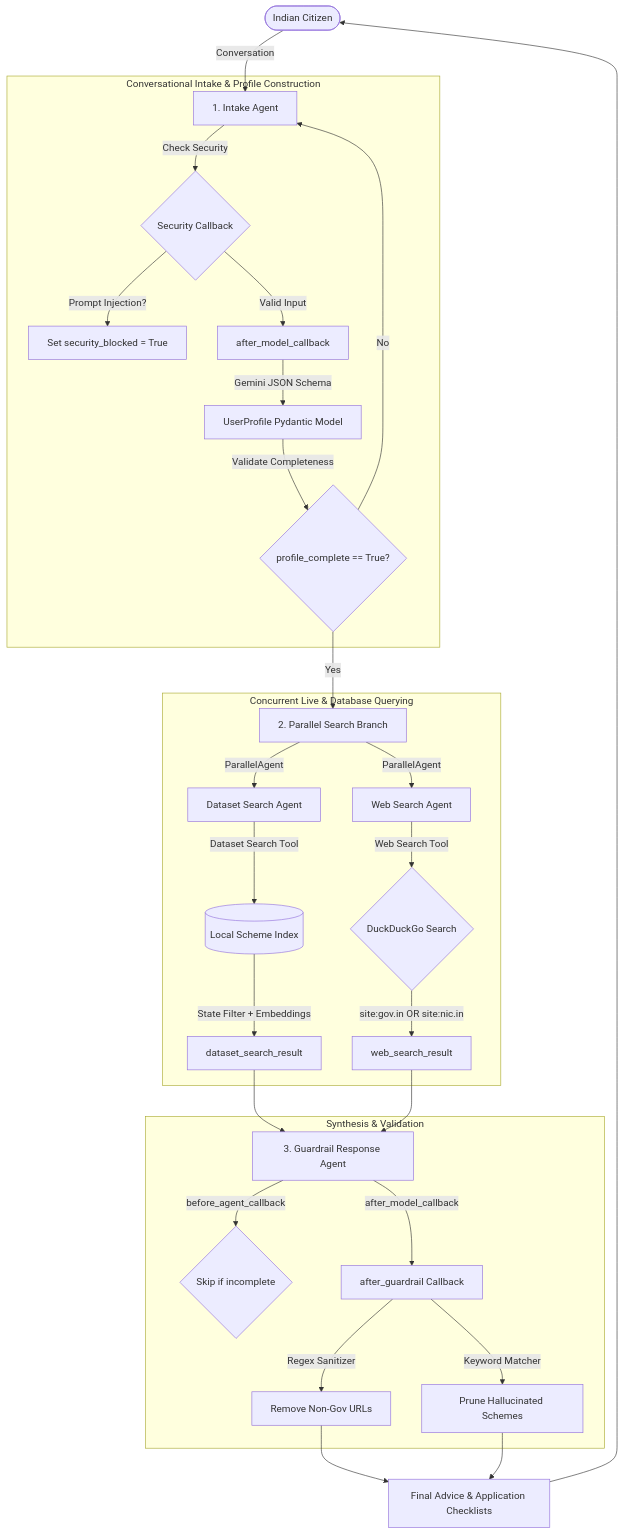
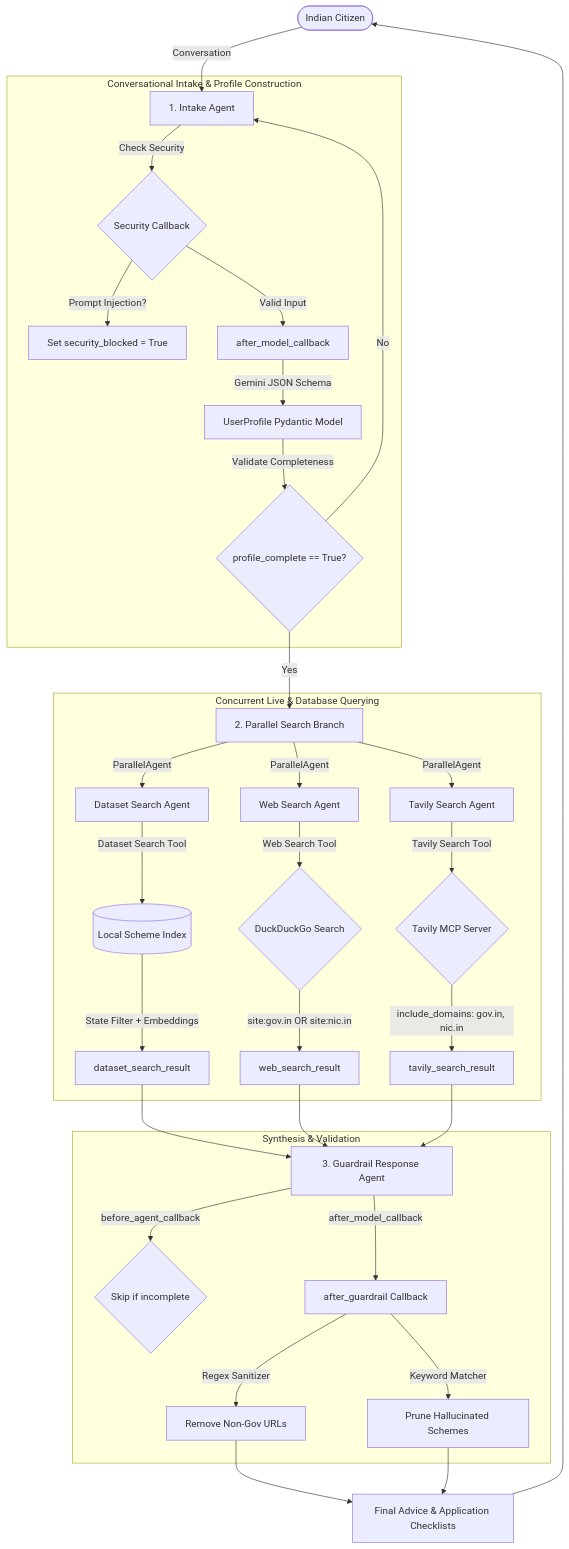
One commit to hargurjeet/benefit_buddy changed the diagram in README.md. Above: the diagram before and after it, drawn with Mermaid. The commit also changed other lines of this file and 11 other files, not shown here.

Commit message:
feat: integrate Tavily MCP Search, terminal chatbot, and resolve warnings

````diff
--- a/README.md
+++ b/README.md
@@ -30,40 +31,44 @@
 ```mermaid
 graph TD
     User([Indian Citizen]) -->|Conversation| Intake[1. Intake Agent]
     
     subgraph Intake Phase [Conversational Intake & Profile Construction]
         Intake -->|Check Security| SecTool{Security Callback}
         SecTool -->|Prompt Injection?| Block[Set security_blocked = True]
         SecTool -->|Valid Input| Extract[after_model_callback]
         Extract -->|Gemini JSON Schema| Profile[UserProfile Pydantic Model]
         Profile -->|Validate Completeness| Complete{profile_complete == True?}
     end
 
     Complete -->|No| Intake
     Complete -->|Yes| ParallelSearch[2. Parallel Search Branch]
 
     subgraph Search Phase [Concurrent Live & Database Querying]
         ParallelSearch -->|ParallelAgent| DB[Dataset Search Agent]
         ParallelSearch -->|ParallelAgent| Web[Web Search Agent]
+        ParallelSearch -->|ParallelAgent| Tavily[Tavily Search Agent]
         
         DB -->|Dataset Search Tool| LocalIndex[(Local Scheme Index)]
         Web -->|Web Search Tool| LiveWeb{DuckDuckGo Search}
+        Tavily -->|Tavily Search Tool| RemoteTavily{Tavily MCP Server}
         
         LocalIndex -->|State Filter + Embeddings| DB_Res[dataset_search_result]
         LiveWeb -->|site:gov.in OR site:nic.in| Web_Res[web_search_result]
+        RemoteTavily -->|include_domains: gov.in, nic.in| Tavily_Res[tavily_search_result]
     end
 
     DB_Res --> Guardrail[3. Guardrail Response Agent]
     Web_Res --> Guardrail
+    Tavily_Res --> Guardrail
 
     subgraph Guardrail Phase [Synthesis & Validation]
         Guardrail -->|before_agent_callback| CheckCompleteness{Skip if incomplete}
         Guardrail -->|after_model_callback| PostProcess[after_guardrail Callback]
         PostProcess -->|Regex Sanitizer| SanitizeLinks[Remove Non-Gov URLs]
         PostProcess -->|Keyword Matcher| HallucinationCheck[Prune Hallucinated Schemes]
     end
 
     SanitizeLinks --> FinalOutput[Final Advice & Application Checklists]
     HallucinationCheck --> FinalOutput
     FinalOutput --> User
 ```
````
